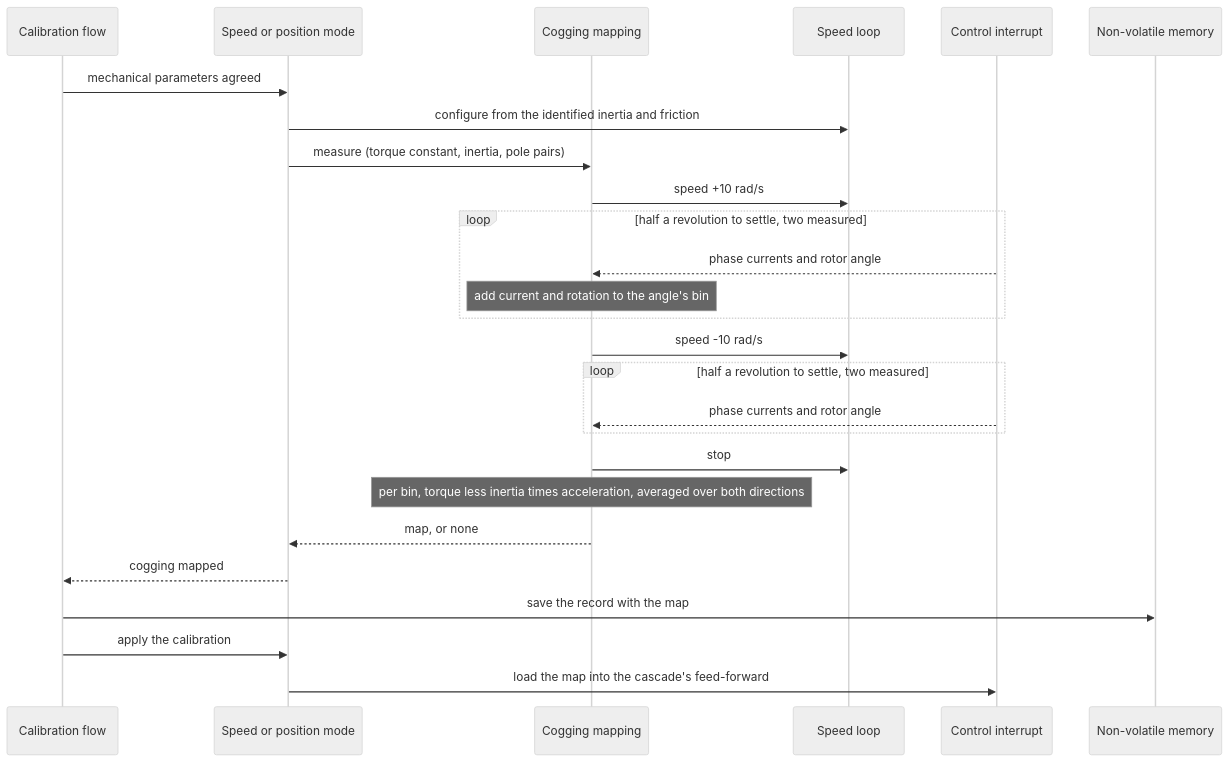
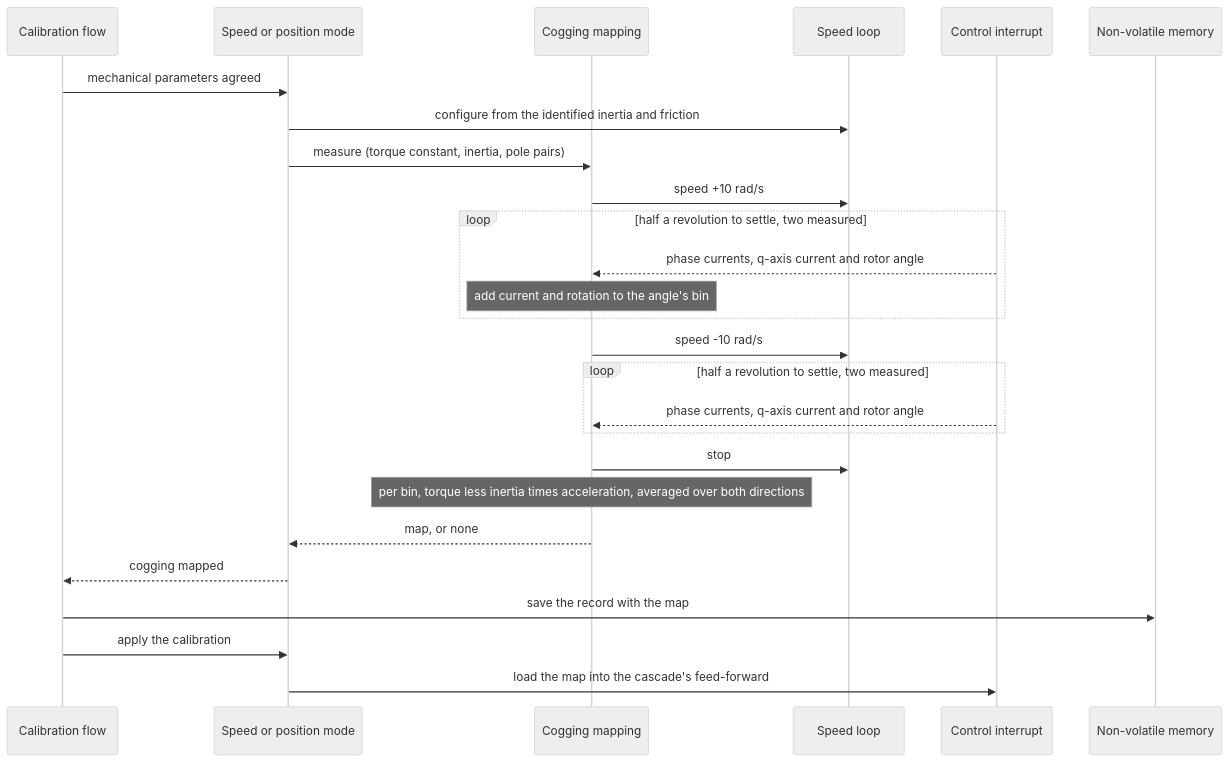
Before and after one commit to embedded-pro/e-foc: the diagram in documentation/design/service-cogging-compensation.md, drawn with Mermaid (neutral theme). The commit also changed other lines of this file and 49 other files, not shown here.

````diff
--- a/documentation/design/service-cogging-compensation.md
+++ b/documentation/design/service-cogging-compensation.md
@@ -198,29 +198,29 @@
 ```mermaid
 sequenceDiagram
     participant CF as Calibration flow
     participant OL as Speed or position mode
     participant CM as Cogging mapping
     participant SL as Speed loop
     participant ISR as Control interrupt
     participant NVM as Non-volatile memory
 
     CF->>OL: mechanical parameters agreed
     OL->>SL: configure from the identified inertia and friction
     OL->>CM: measure (torque constant, inertia, pole pairs)
     CM->>SL: speed +10 rad/s
     loop half a revolution to settle, two measured
-        ISR-->>CM: phase currents and rotor angle
+        ISR-->>CM: phase currents, q-axis current and rotor angle
         note over CM: add current and rotation to the angle's bin
     end
     CM->>SL: speed -10 rad/s
     loop half a revolution to settle, two measured
-        ISR-->>CM: phase currents and rotor angle
+        ISR-->>CM: phase currents, q-axis current and rotor angle
     end
     CM->>SL: stop
     note over CM: per bin, torque less inertia times acceleration, averaged over both directions
     CM-->>OL: map, or none
     OL-->>CF: cogging mapped
     CF->>NVM: save the record with the map
     CF->>OL: apply the calibration
     OL->>ISR: load the map into the cascade's feed-forward
 ```
````
